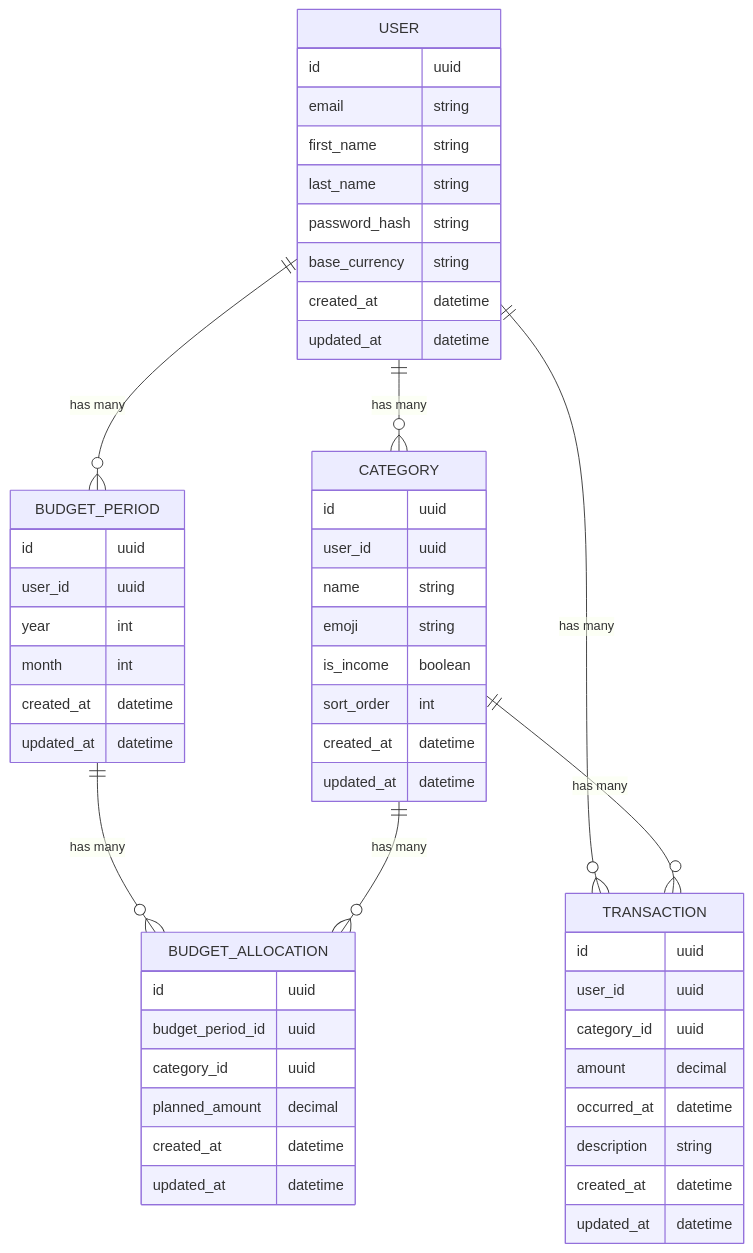
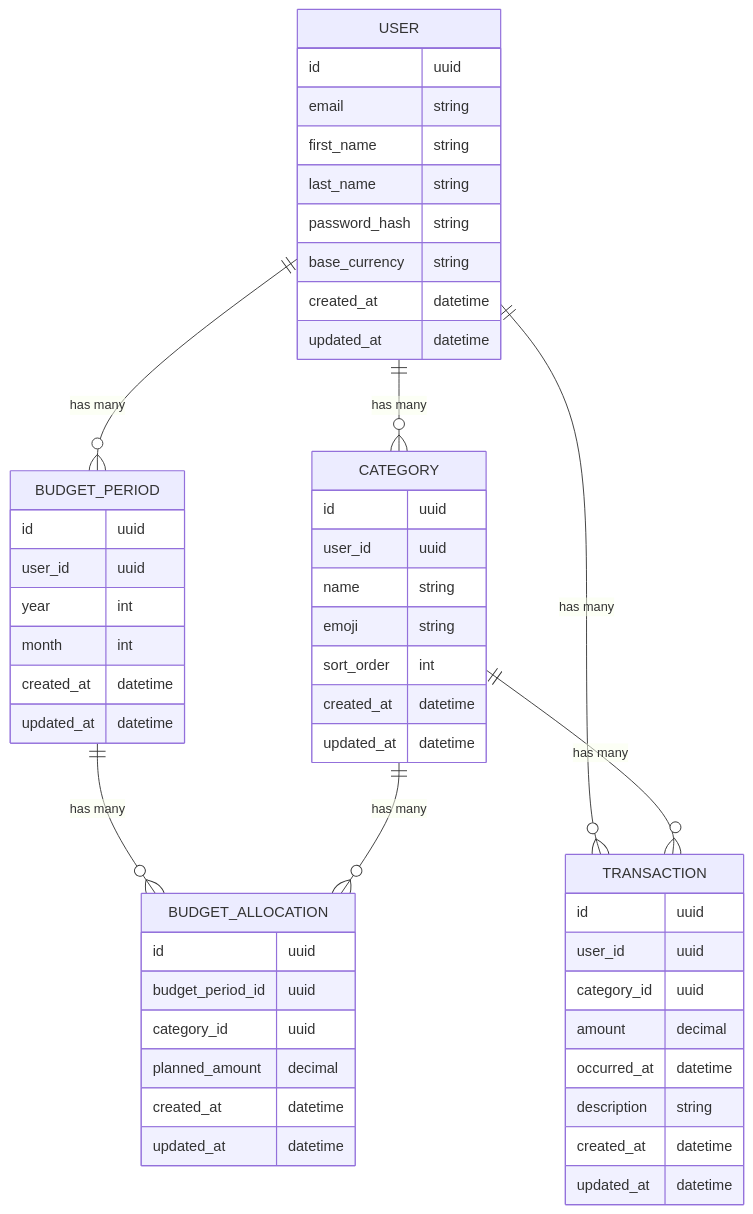
The diagram in docs/Database Schema.md (tlam17/budget-tracker), drawn with Mermaid before and after one commit. The commit also changed 1 other file, not shown here.

Commit message:
Updated docs to remove is_income field on the Category entity

````diff
--- a/docs/Database Schema.md
+++ b/docs/Database Schema.md
@@ -95,60 +95,59 @@
 ```mermaid
 erDiagram
     USER {
       id uuid
       email string
       first_name string
       last_name string
       password_hash string
       base_currency string
       created_at datetime
       updated_at datetime
     }
 
     CATEGORY {
       id uuid
       user_id uuid
       name string
       emoji string
-      is_income boolean
       sort_order int
       created_at datetime
       updated_at datetime
     }
 
     BUDGET_PERIOD {
       id uuid
       user_id uuid
       year int
       month int
       created_at datetime
       updated_at datetime
     }
 
     BUDGET_ALLOCATION {
       id uuid
       budget_period_id uuid
       category_id uuid
       planned_amount decimal
       created_at datetime
       updated_at datetime
     }
 
     TRANSACTION {
       id uuid
       user_id uuid
       category_id uuid
       amount decimal
       occurred_at datetime
       description string
       created_at datetime
       updated_at datetime
     }
 
     USER ||--o{ CATEGORY : "has many"
     USER ||--o{ BUDGET_PERIOD : "has many"
     BUDGET_PERIOD ||--o{ BUDGET_ALLOCATION : "has many"
     CATEGORY ||--o{ BUDGET_ALLOCATION : "has many"
     USER ||--o{ TRANSACTION : "has many"
     CATEGORY ||--o{ TRANSACTION : "has many"
 ```
````
